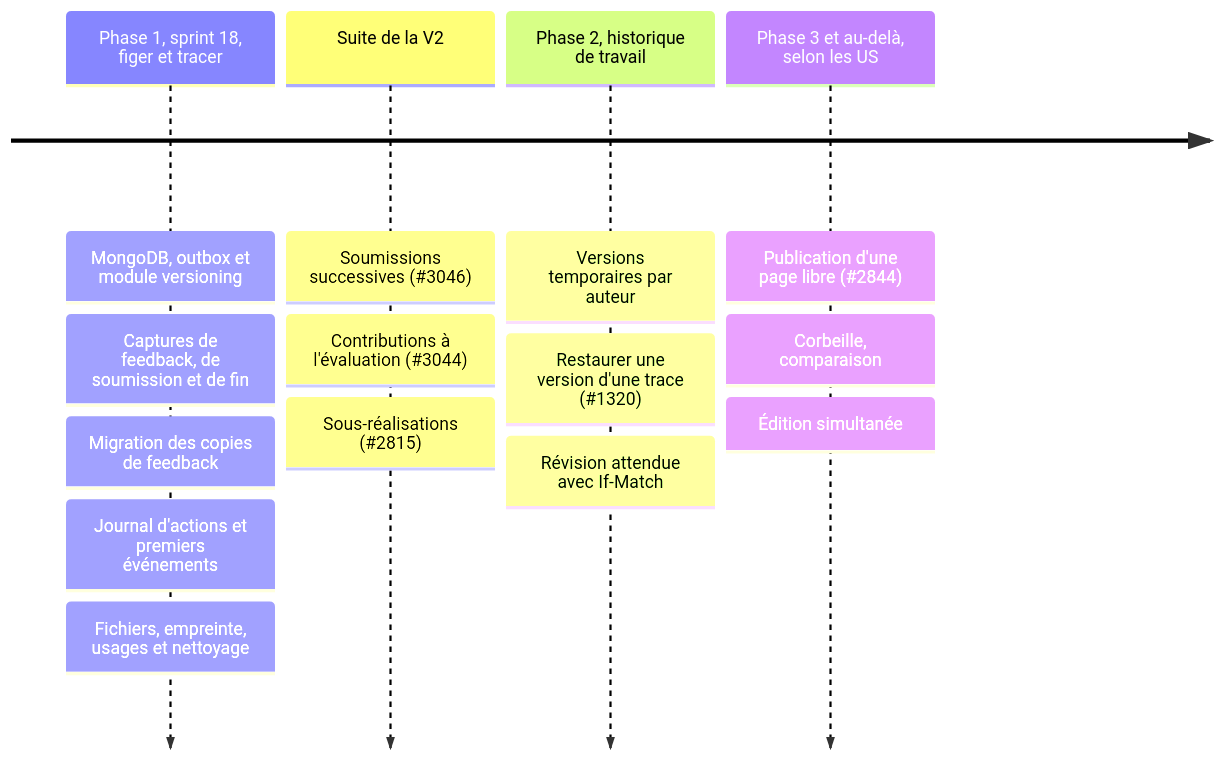
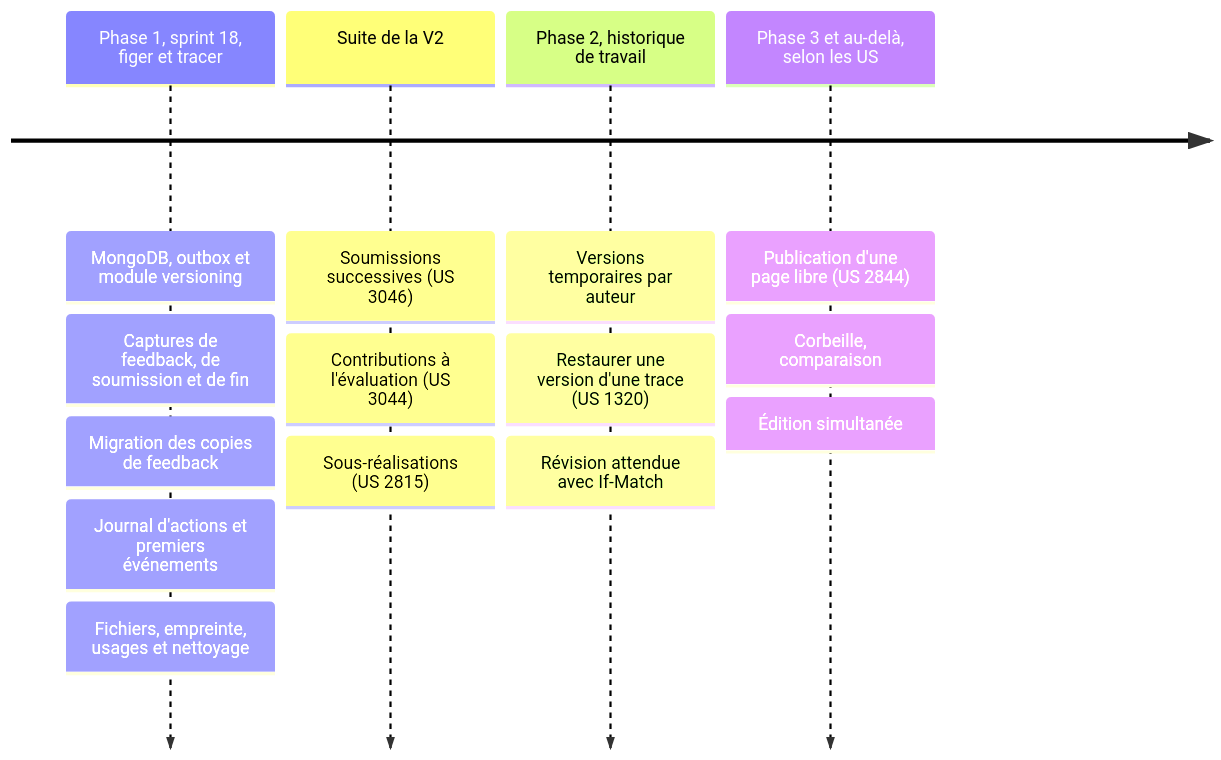
Before and after one commit to avenirs-esr/dev-doc: the seventh of 7 diagrams in pages/arch/rfc/rfc-versionnement-historisation.markdown, drawn with Mermaid. The commit also changed other lines of this file and 1 other file, not shown here.

Commit message:
fix(logs): versioning, history and logs management

````diff
--- a/pages/arch/rfc/rfc-versionnement-historisation.markdown
+++ b/pages/arch/rfc/rfc-versionnement-historisation.markdown
@@ -400,17 +400,17 @@
 ```mermaid
 timeline
     Phase 1, sprint 18, figer et tracer : MongoDB, outbox et module versioning
                                         : Captures de feedback, de soumission et de fin
                                         : Migration des copies de feedback
                                         : Journal d'actions et premiers événements
                                         : Fichiers, empreinte, usages et nettoyage
-    Suite de la V2 : Soumissions successives (#3046)
-                   : Contributions à l'évaluation (#3044)
-                   : Sous-réalisations (#2815)
+    Suite de la V2 : Soumissions successives (US 3046)
+                   : Contributions à l'évaluation (US 3044)
+                   : Sous-réalisations (US 2815)
     Phase 2, historique de travail : Versions temporaires par auteur
-                                   : Restaurer une version d'une trace (#1320)
+                                   : Restaurer une version d'une trace (US 1320)
                                    : Révision attendue avec If-Match
-    Phase 3 et au-delà, selon les US : Publication d'une page libre (#2844)
+    Phase 3 et au-delà, selon les US : Publication d'une page libre (US 2844)
                                      : Corbeille, comparaison
                                      : Édition simultanée
 ```
````
